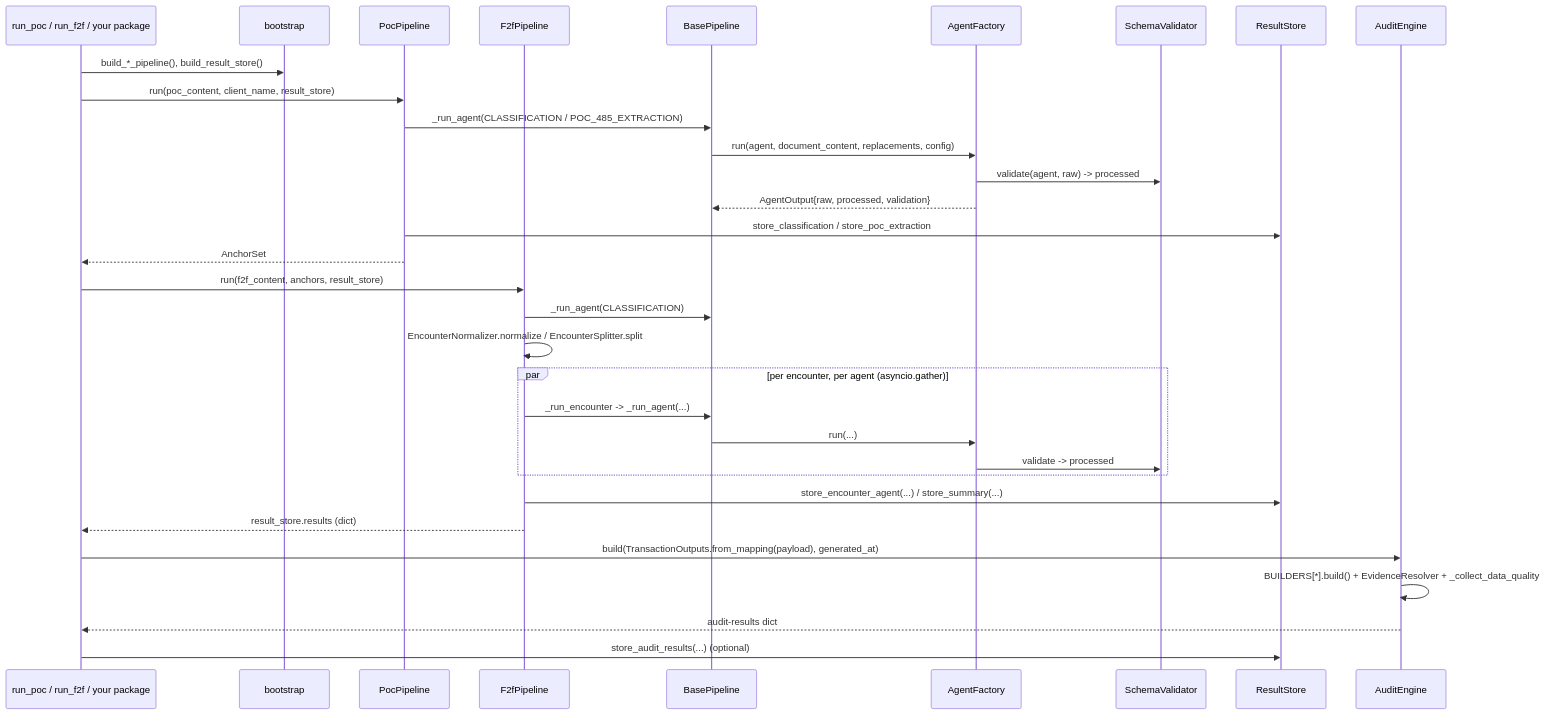
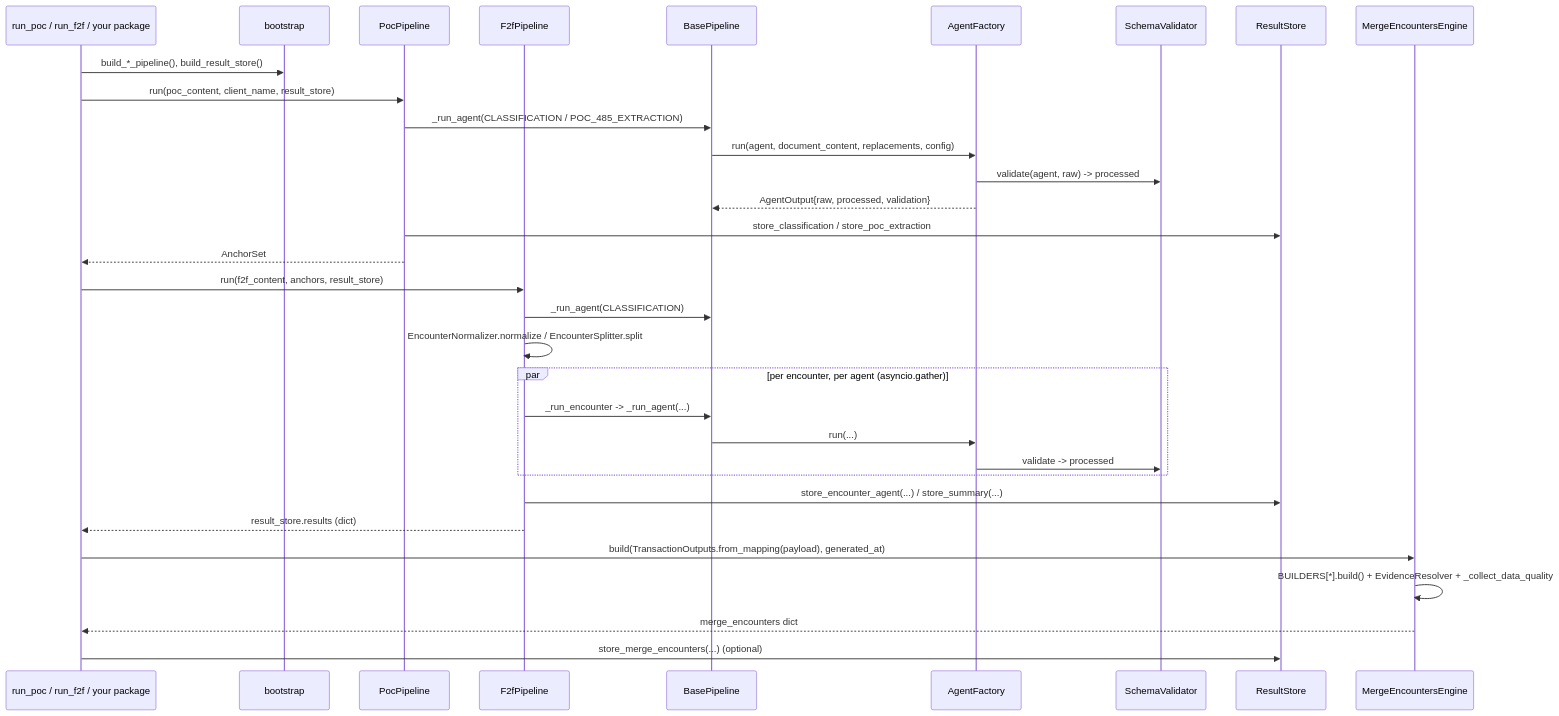
One commit to karthikprabuve5/e5-f2f-audit-workflow changed the second of 2 diagrams in docs/pipeline-flow.md. Above: the diagram before and after it, drawn with Mermaid. The commit also changed other lines of this file and 147 other files, not shown here.

````diff
--- a/docs/pipeline-flow.md
+++ b/docs/pipeline-flow.md
@@ -92,37 +92,37 @@
 ```mermaid
 sequenceDiagram
     participant Caller as run_poc / run_f2f / your package
     participant BS as bootstrap
     participant POC as PocPipeline
     participant F2F as F2fPipeline
     participant Base as BasePipeline
     participant AF as AgentFactory
     participant SV as SchemaValidator
     participant RS as ResultStore
-    participant AE as AuditEngine
+    participant AE as MergeEncountersEngine
 
     Caller->>BS: build_*_pipeline(), build_result_store()
     Caller->>POC: run(poc_content, client_name, result_store)
     POC->>Base: _run_agent(CLASSIFICATION / POC_485_EXTRACTION)
     Base->>AF: run(agent, document_content, replacements, config)
     AF->>SV: validate(agent, raw) -> processed
     AF-->>Base: AgentOutput{raw, processed, validation}
     POC->>RS: store_classification / store_poc_extraction
     POC-->>Caller: AnchorSet
 
     Caller->>F2F: run(f2f_content, anchors, result_store)
     F2F->>Base: _run_agent(CLASSIFICATION)
     F2F->>F2F: EncounterNormalizer.normalize / EncounterSplitter.split
     par per encounter, per agent (asyncio.gather)
         F2F->>Base: _run_encounter -> _run_agent(...)
         Base->>AF: run(...)
         AF->>SV: validate -> processed
     end
     F2F->>RS: store_encounter_agent(...) / store_summary(...)
     F2F-->>Caller: result_store.results (dict)
 
     Caller->>AE: build(TransactionOutputs.from_mapping(payload), generated_at)
     AE->>AE: BUILDERS[*].build() + EvidenceResolver + _collect_data_quality
-    AE-->>Caller: audit-results dict
-    Caller->>RS: store_audit_results(...)  (optional)
+    AE-->>Caller: merge_encounters dict
+    Caller->>RS: store_merge_encounters(...)  (optional)
 ```
````
